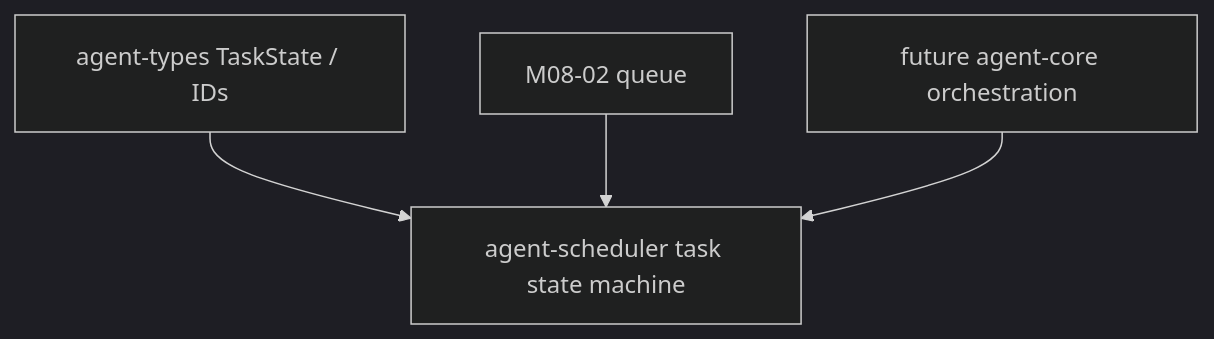
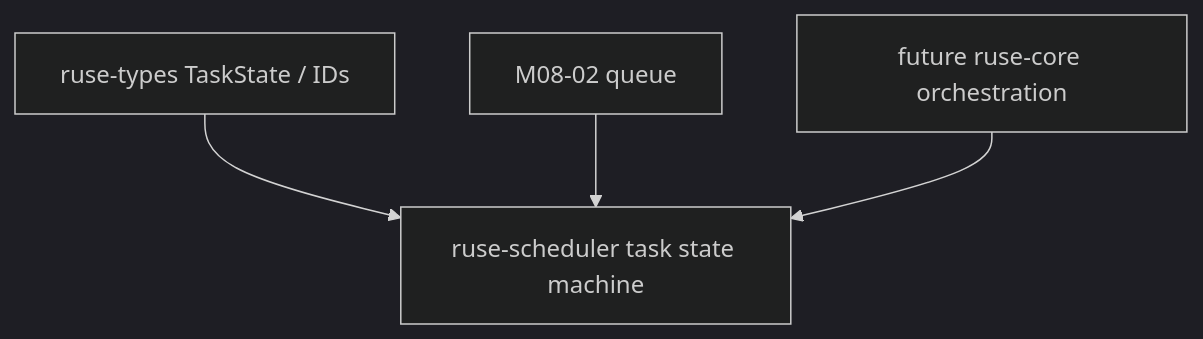
One commit to poneding/agent changed the diagram in docs/specs/M08-01-task-state-machine.spec.md. Above: the diagram before and after it, drawn with Mermaid (dark theme). The commit also changed other lines of this file and 2091 other files, not shown here.

First line of the commit message:
refactor: rename agent branding to ruse

````diff
--- a/docs/specs/M08-01-task-state-machine.spec.md
+++ b/docs/specs/M08-01-task-state-machine.spec.md
@@ -33,6 +33,6 @@
 ```mermaid
 flowchart TD
-  types["agent-types TaskState / IDs"] --> scheduler["agent-scheduler task state machine"]
+  types["ruse-types TaskState / IDs"] --> scheduler["ruse-scheduler task state machine"]
   future_queue["M08-02 queue"] --> scheduler
-  future_core["future agent-core orchestration"] --> scheduler
+  future_core["future ruse-core orchestration"] --> scheduler
 ```
````
